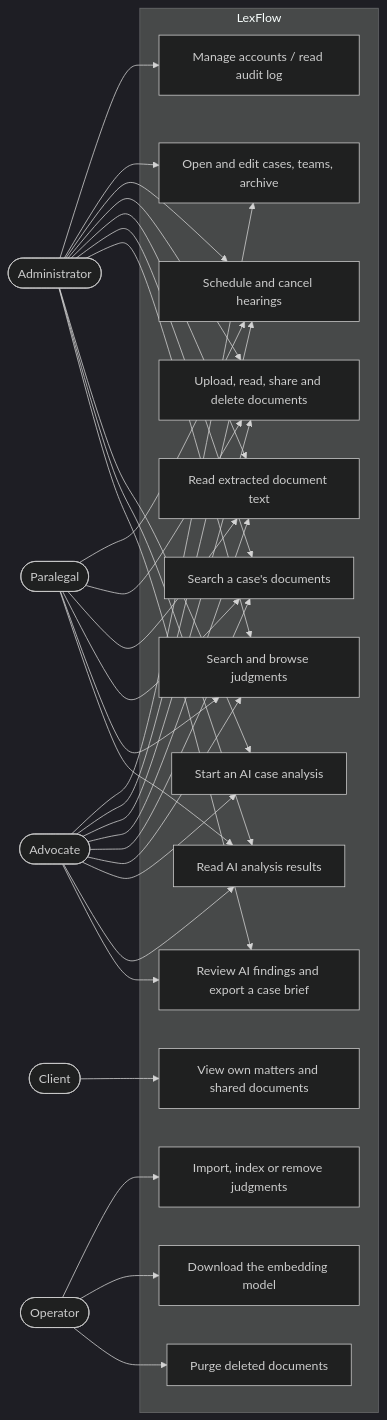
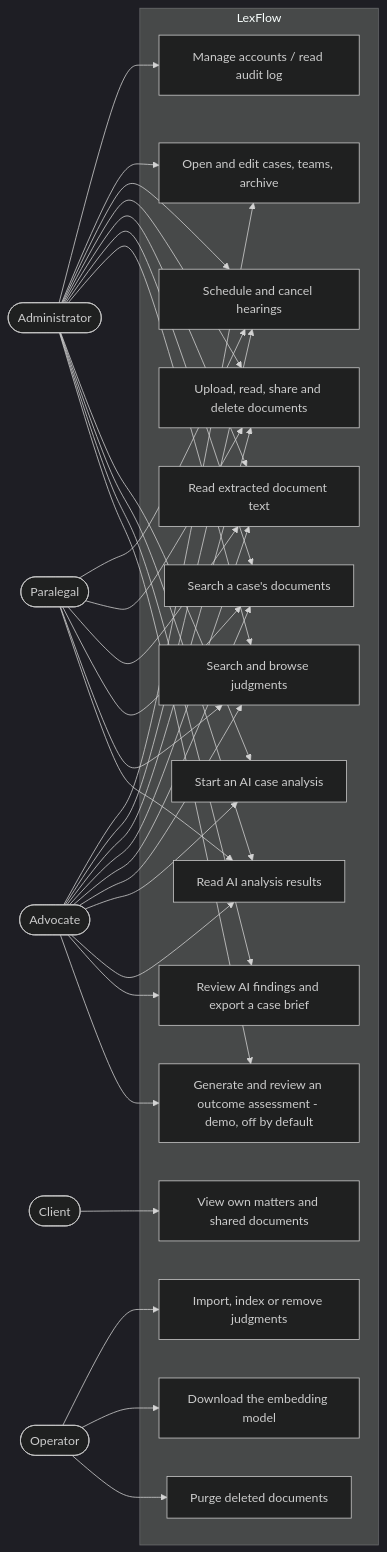
Before and after one commit to Aryan-Goyal30/LexFlow: the first of 7 diagrams in docs/ARCHITECTURE.md, drawn with Mermaid (dark theme). The commit also changed other lines of this file and 23 other files, not shown here.

````diff
--- a/docs/ARCHITECTURE.md
+++ b/docs/ARCHITECTURE.md
@@ -31,29 +36,30 @@
 ```mermaid
 flowchart LR
   admin([Administrator])
   adv([Advocate])
   para([Paralegal])
   client([Client])
   op([Operator])
   subgraph LexFlow
     uc1[Manage accounts / read audit log]
     uc2[Open and edit cases, teams, archive]
     uc3[Schedule and cancel hearings]
     uc4[Upload, read, share and delete documents]
     uc5[Read extracted document text]
     uc6[Search a case's documents]
     uc7[Search and browse judgments]
     uc8[View own matters and shared documents]
     uc9[Import, index or remove judgments]
     uc10[Download the embedding model]
     uc11[Purge deleted documents]
     uc12[Start an AI case analysis]
     uc13[Read AI analysis results]
     uc14[Review AI findings and export a case brief]
+    uc15[Generate and review an outcome assessment - demo, off by default]
   end
-  admin --> uc1 & uc2 & uc3 & uc4 & uc5 & uc6 & uc7 & uc12 & uc13 & uc14
-  adv --> uc2 & uc3 & uc4 & uc5 & uc6 & uc7 & uc12 & uc13 & uc14
+  admin --> uc1 & uc2 & uc3 & uc4 & uc5 & uc6 & uc7 & uc12 & uc13 & uc14 & uc15
+  adv --> uc2 & uc3 & uc4 & uc5 & uc6 & uc7 & uc12 & uc13 & uc14 & uc15
   para --> uc3 & uc4 & uc5 & uc6 & uc7 & uc13
   client --> uc8
   op --> uc9 & uc10 & uc11
 ```
````
